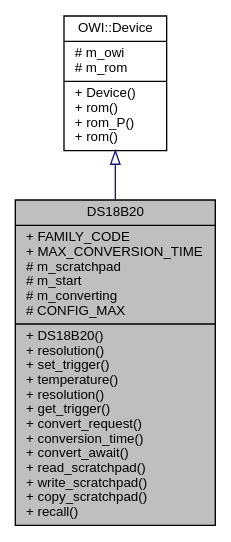
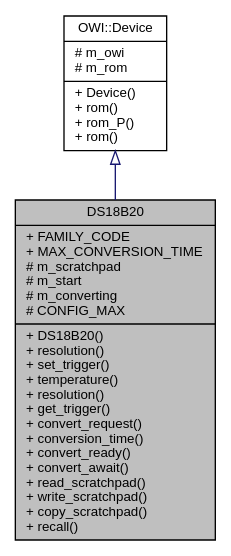
One commit to mikaelpatel/mikaelpatel.github.io changed the diagram in Arduino-OWI/d8/d99/classDS18B20__inherit__graph.dot. Above: the diagram before and after it, drawn with Graphviz. The commit also changed 175 other files, not shown here.

```diff
--- a/Arduino-OWI/d8/d99/classDS18B20__inherit__graph.dot
+++ b/Arduino-OWI/d8/d99/classDS18B20__inherit__graph.dot
@@ -1,8 +1,8 @@
 digraph "DS18B20"
 {
   edge [fontname="Helvetica",fontsize="10",labelfontname="Helvetica",labelfontsize="10"];
   node [fontname="Helvetica",fontsize="10",shape=record];
-  Node1 [label="{DS18B20\n|+ FAMILY_CODE\l+ MAX_CONVERSION_TIME\l# m_scratchpad\l# m_start\l# m_converting\l# CONFIG_MAX\l|+ DS18B20()\l+ resolution()\l+ set_trigger()\l+ temperature()\l+ resolution()\l+ get_trigger()\l+ convert_request()\l+ conversion_time()\l+ convert_await()\l+ read_scratchpad()\l+ write_scratchpad()\l+ copy_scratchpad()\l+ recall()\l}",height=0.2,width=0.4,color="black", fillcolor="grey75", style="filled", fontcolor="black"];
+  Node1 [label="{DS18B20\n|+ FAMILY_CODE\l+ MAX_CONVERSION_TIME\l# m_scratchpad\l# m_start\l# m_converting\l# CONFIG_MAX\l|+ DS18B20()\l+ resolution()\l+ set_trigger()\l+ temperature()\l+ resolution()\l+ get_trigger()\l+ convert_request()\l+ conversion_time()\l+ convert_ready()\l+ convert_await()\l+ read_scratchpad()\l+ write_scratchpad()\l+ copy_scratchpad()\l+ recall()\l}",height=0.2,width=0.4,color="black", fillcolor="grey75", style="filled", fontcolor="black"];
   Node2 -> Node1 [dir="back",color="midnightblue",fontsize="10",style="solid",arrowtail="onormal",fontname="Helvetica"];
   Node2 [label="{OWI::Device\n|# m_owi\l# m_rom\l|+ Device()\l+ rom()\l+ rom_P()\l+ rom()\l}",height=0.2,width=0.4,color="black", fillcolor="white", style="filled",URL="$d0/d7f/classOWI_1_1Device.html"];
 }
```
